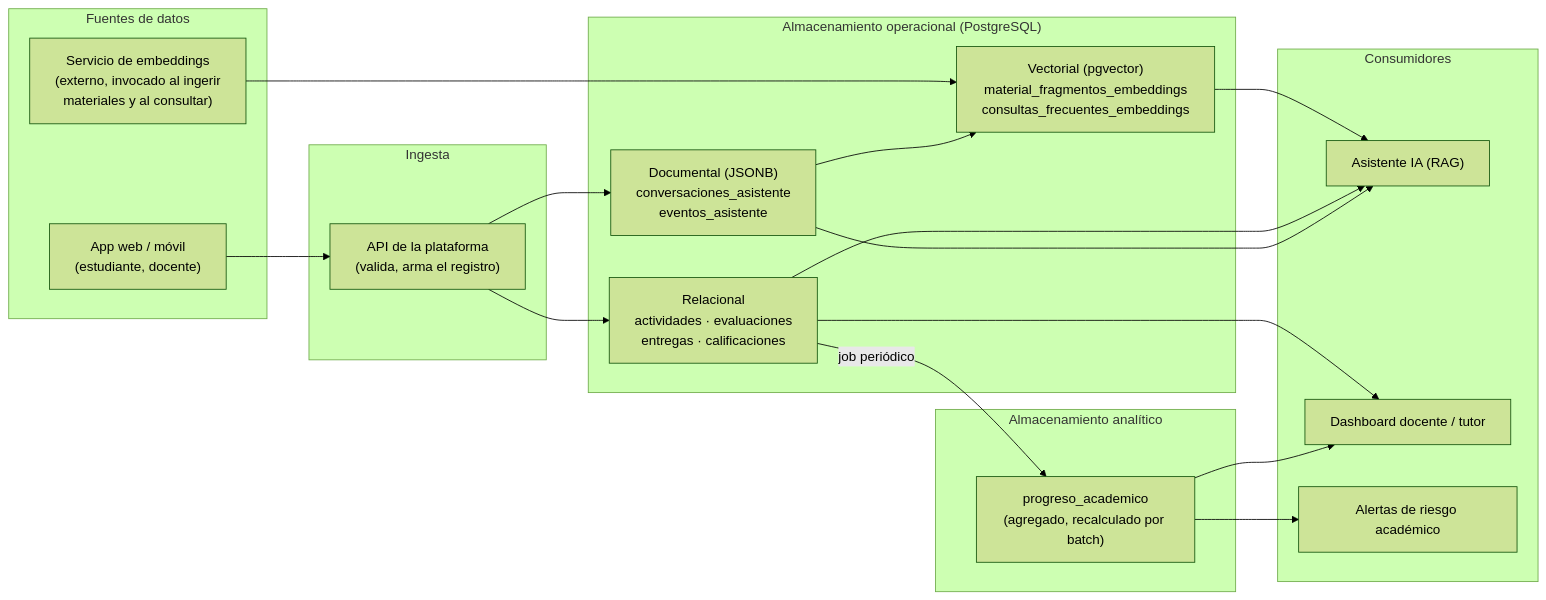
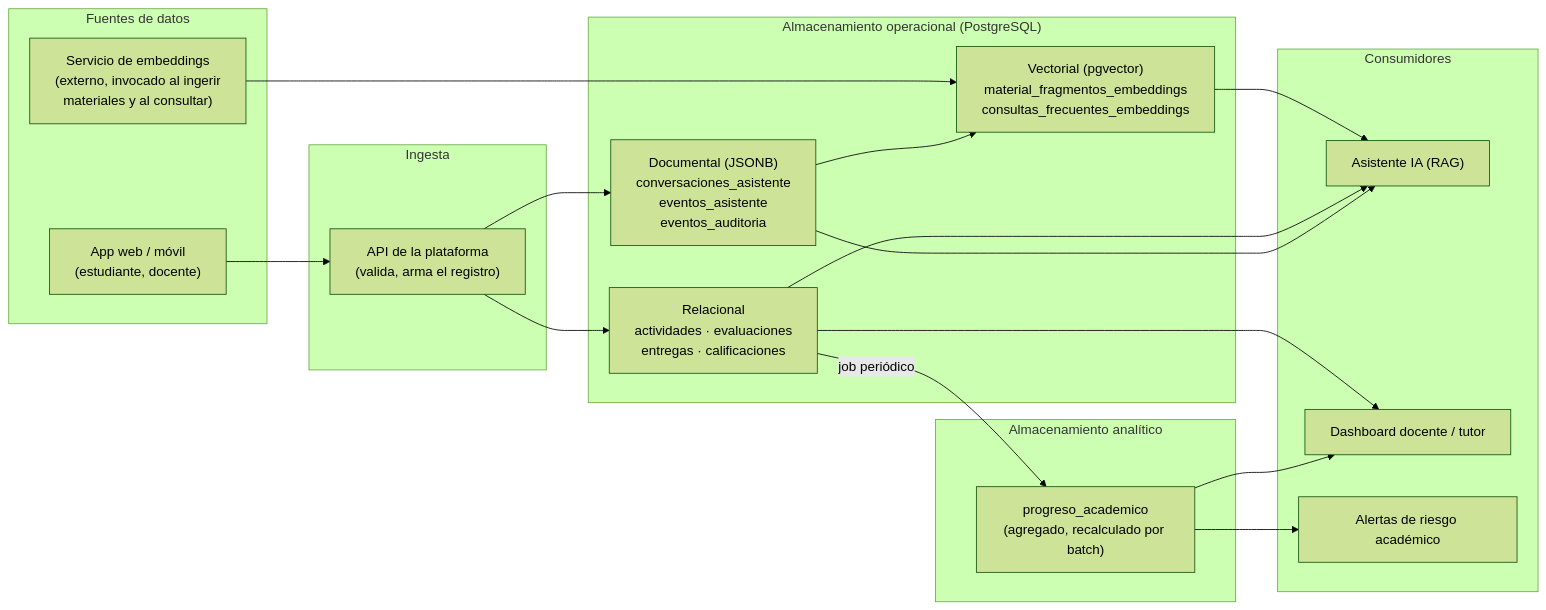
Before and after one commit to mairadanielaferrari/plataforma-educativa-asistencia-inteligente: the diagram in docs/arquitectura_evaluacion_asistente.md, drawn with Mermaid (forest theme). The commit also changed other lines of this file and 17 other files, not shown here.

````diff
--- a/docs/arquitectura_evaluacion_asistente.md
+++ b/docs/arquitectura_evaluacion_asistente.md
@@ -17,40 +17,40 @@
 ```mermaid
 flowchart LR
     subgraph Fuentes["Fuentes de datos"]
         UI["App web / móvil<br/>(estudiante, docente)"]
         LLM["Servicio de embeddings<br/>(externo, invocado al ingerir<br/>materiales y al consultar)"]
     end
 
     subgraph Ingesta["Ingesta"]
         API["API de la plataforma<br/>(valida, arma el registro)"]
     end
 
     subgraph Operacional["Almacenamiento operacional (PostgreSQL)"]
         REL["Relacional<br/>actividades · evaluaciones<br/>entregas · calificaciones"]
-        DOC["Documental (JSONB)<br/>conversaciones_asistente<br/>eventos_asistente"]
+        DOC["Documental (JSONB)<br/>conversaciones_asistente<br/>eventos_asistente<br/>eventos_auditoria"]
         VEC["Vectorial (pgvector)<br/>material_fragmentos_embeddings<br/>consultas_frecuentes_embeddings"]
     end
 
     subgraph Analitico["Almacenamiento analítico"]
         AGG["progreso_academico<br/>(agregado, recalculado por batch)"]
     end
 
     subgraph Consumo["Consumidores"]
         ASISTENTE["Asistente IA (RAG)"]
         DASH["Dashboard docente / tutor"]
         ALERTAS["Alertas de riesgo académico"]
     end
 
     UI --> API
     API --> REL
     API --> DOC
     LLM --> VEC
     REL -- "job periódico" --> AGG
     DOC --> VEC
     VEC --> ASISTENTE
     REL --> ASISTENTE
     DOC --> ASISTENTE
     REL --> DASH
     AGG --> DASH
     AGG --> ALERTAS
 ```
````
